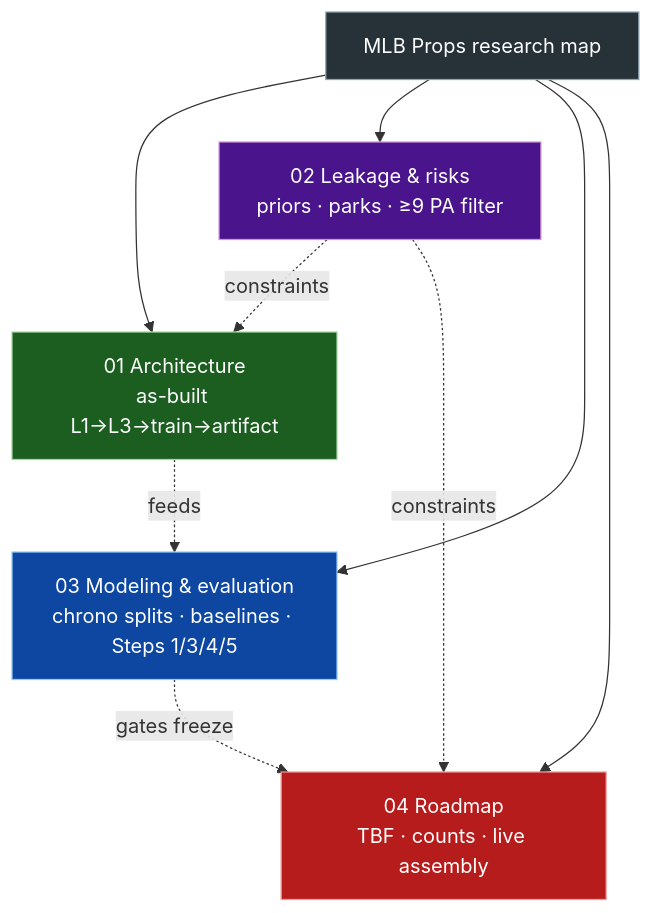
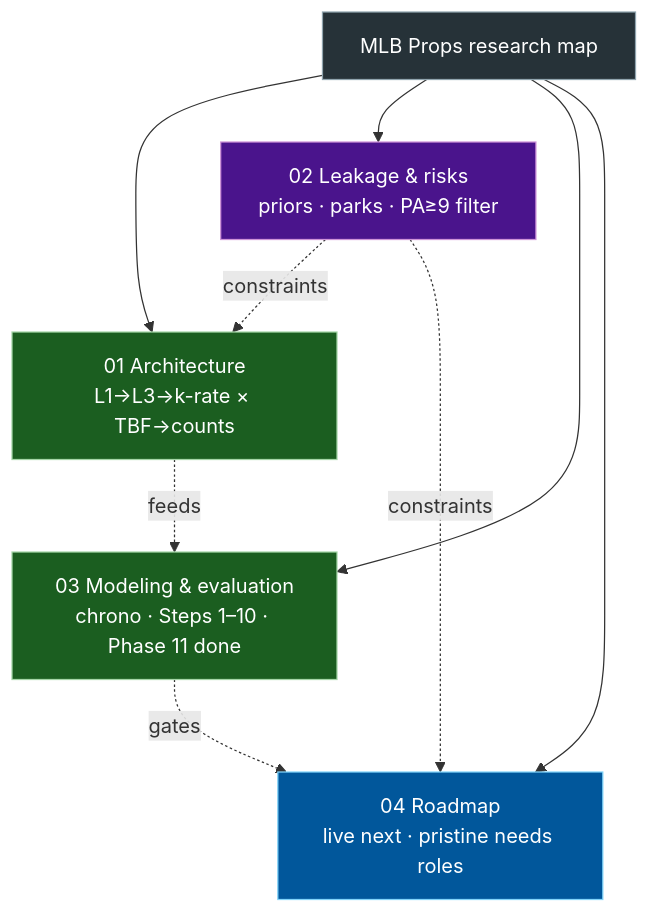
The diagram in diagrams/00-index.md (Cbkaplinger/MLB-Props), drawn with Mermaid before and after one commit. The commit also changed other lines of this file and 105 other files, not shown here.

````diff
--- a/diagrams/00-index.md
+++ b/diagrams/00-index.md
@@ -6,26 +6,26 @@
 ```mermaid
 flowchart TB
   classDef built fill:#1b5e20,stroke:#a5d6a7,color:#fff
   classDef partial fill:#e65100,stroke:#ffcc80,color:#fff
   classDef missing fill:#b71c1c,stroke:#ef9a9a,color:#fff
   classDef risk fill:#4a148c,stroke:#ce93d8,color:#fff
-  classDef research fill:#0d47a1,stroke:#90caf9,color:#fff
+  classDef next fill:#01579b,stroke:#81d4fa,color:#fff
   classDef index fill:#263238,stroke:#90a4ae,color:#fff
 
   IDX["MLB Props research map"]:::index
 
-  A["01 Architecture<br/>as-built L1→L3→train→artifact"]:::built
-  B["02 Leakage & risks<br/>priors · parks · ≥9 PA filter"]:::risk
-  C["03 Modeling & evaluation<br/>chrono splits · baselines · Steps 1/3/4/5"]:::research
-  D["04 Roadmap<br/>TBF · counts · live assembly"]:::missing
+  A["01 Architecture<br/>L1→L3→k-rate × TBF→counts"]:::built
+  B["02 Leakage & risks<br/>priors · parks · PA≥9 filter"]:::risk
+  C["03 Modeling & evaluation<br/>chrono · Steps 1–10 · Phase 11 done"]:::built
+  D["04 Roadmap<br/>live next · pristine needs roles"]:::next
 
   IDX --> A
   IDX --> B
   IDX --> C
   IDX --> D
 
   A -.->|"feeds"| C
   B -.->|"constraints"| A
   B -.->|"constraints"| D
-  C -.->|"gates freeze"| D
+  C -.->|"gates"| D
 ```
````
